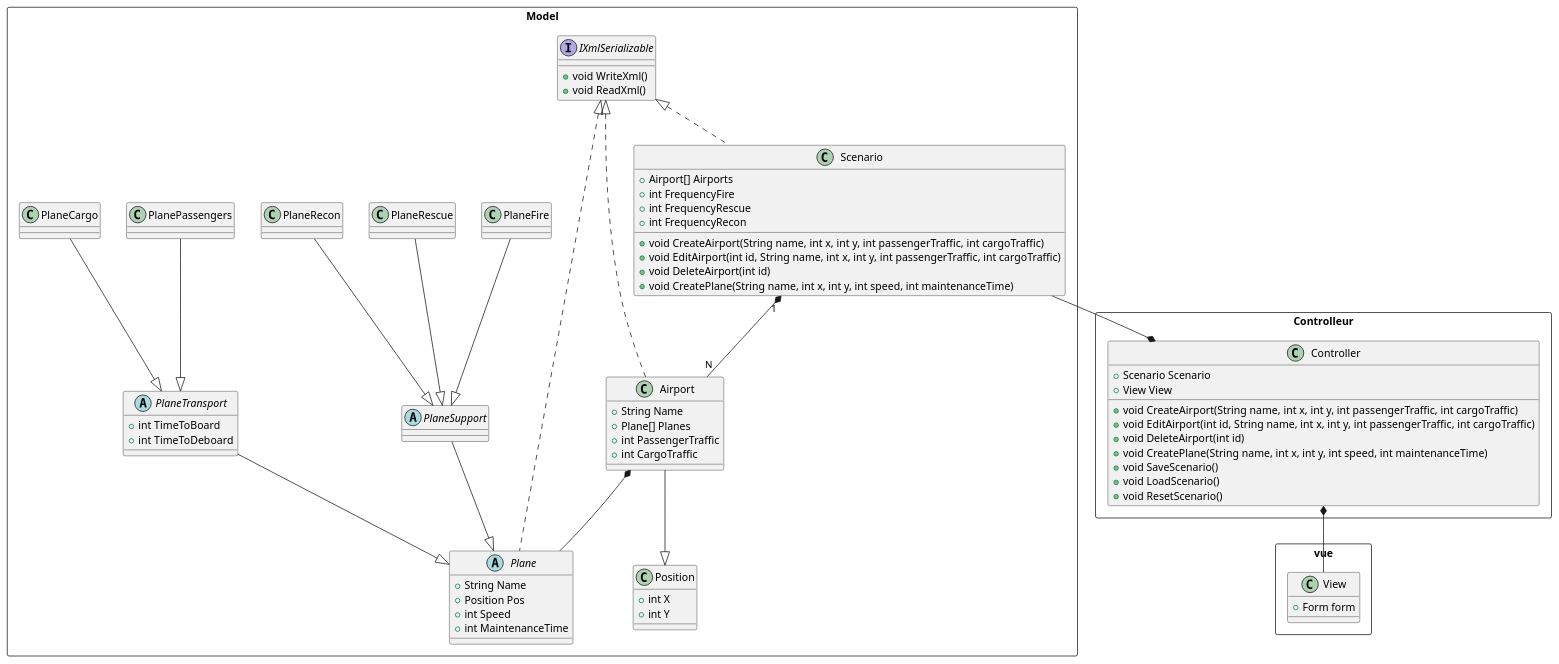
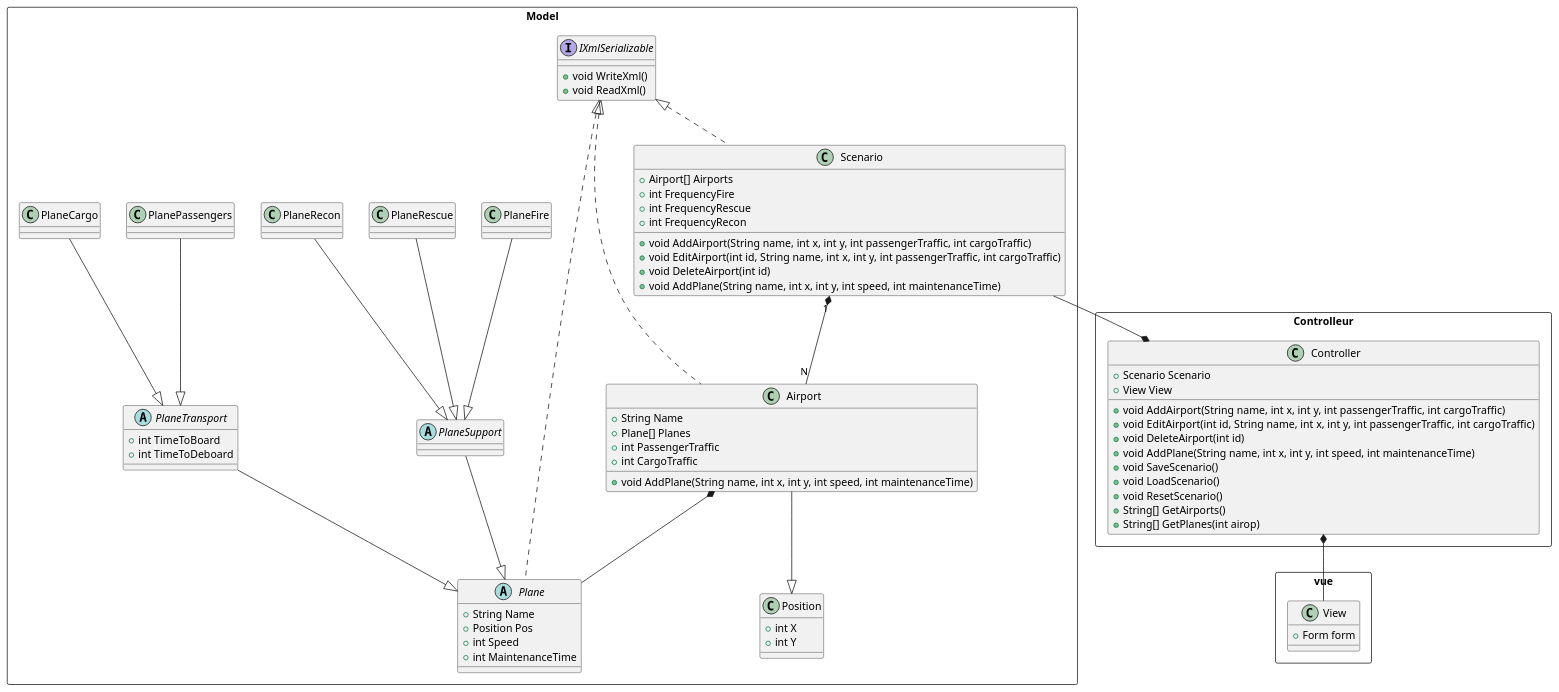
Before and after one commit to Homespore165/tututut: the diagram in PlaneTP/Documentation/ClassDiagramGen.puml, drawn with PlantUML. The commit also changed 11 other files, not shown here.

```diff
--- a/PlaneTP/Documentation/ClassDiagramGen.puml
+++ b/PlaneTP/Documentation/ClassDiagramGen.puml
@@ -1,90 +1,93 @@
 @startuml
 
 rectangle vue {
 	class View {
 		+Form form
 	}
 }
 
 rectangle Controlleur {
 class Controller {
 	+ Scenario Scenario
 	+ View View
-	+ void CreateAirport(String name, int x, int y, int passengerTraffic, int cargoTraffic)
+	+ void AddAirport(String name, int x, int y, int passengerTraffic, int cargoTraffic)
 	+ void EditAirport(int id, String name, int x, int y, int passengerTraffic, int cargoTraffic)
 	+ void DeleteAirport(int id)
-	+ void CreatePlane(String name, int x, int y, int speed, int maintenanceTime)
+	+ void AddPlane(String name, int x, int y, int speed, int maintenanceTime)
 	+ void SaveScenario()
 	+ void LoadScenario()
 	+ void ResetScenario()
+	+ String[] GetAirports()
+	+ String[] GetPlanes(int airop)
 }
 }
 
 rectangle Model {
 class Scenario {
 	+ Airport[] Airports 
 	+ int FrequencyFire
 	+ int FrequencyRescue
 	+ int FrequencyRecon
-	+ void CreateAirport(String name, int x, int y, int passengerTraffic, int cargoTraffic)
+	+ void AddAirport(String name, int x, int y, int passengerTraffic, int cargoTraffic)
 	+ void EditAirport(int id, String name, int x, int y, int passengerTraffic, int cargoTraffic)
 	+ void DeleteAirport(int id)
-	+ void CreatePlane(String name, int x, int y, int speed, int maintenanceTime)
+	+ void AddPlane(String name, int x, int y, int speed, int maintenanceTime)
 }
 
 interface IXmlSerializable {
 	+ void WriteXml()
 	+ void ReadXml()
 }
 
 class Position {
 	+ int X
 	+ int Y
 }
 
 abstract class Plane {
 	+ String Name
 	+ Position Pos
 	+ int Speed
 	+ int MaintenanceTime
 }
 
 abstract class PlaneTransport {
 	+ int TimeToBoard
 	+ int TimeToDeboard
 }
 
 abstract class PlaneSupport {
 }
 
 class Airport {
 	+ String Name
 	+ Plane[] Planes
 	+ int PassengerTraffic
 	+ int CargoTraffic
+	+ void AddPlane(String name, int x, int y, int speed, int maintenanceTime)
 }
 
 class PlaneCargo {}
 class PlaneRecon{}
 class PlanePassengers{}
 class PlaneFire{}
 class PlaneRescue{}
 }
 
 PlaneTransport --|> Plane
 PlaneSupport --|> Plane
 PlaneCargo --|> PlaneTransport
 PlanePassengers --|> PlaneTransport
 PlaneFire --|> PlaneSupport
 PlaneRescue --|> PlaneSupport
 PlaneRecon --|> PlaneSupport
 Airport --|> Position
 Airport *-- Plane
 Scenario "1" *-- "N" Airport
 Scenario --* Controller
 Controller *-- View
 
 IXmlSerializable <|-. Scenario
 IXmlSerializable <|-. Plane
 IXmlSerializable <|-. Airport
 @enduml
```
